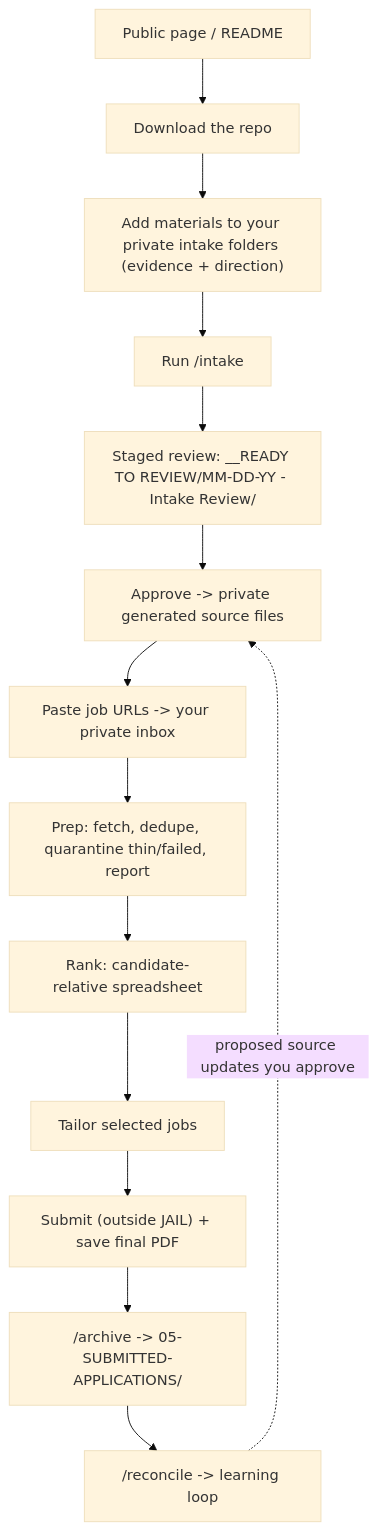
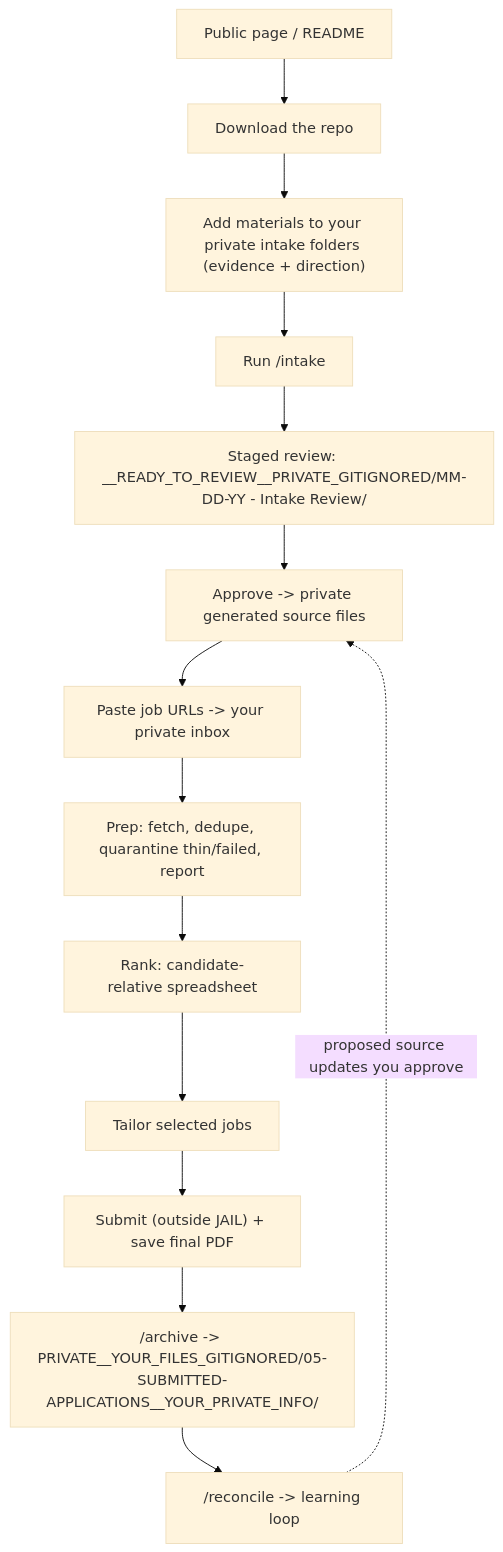
The diagram in docs/v2-end-to-end-workflow.md (redheadjessica/job-application-intelligence-layer), drawn with Mermaid (base theme) before and after one commit. The commit also changed other lines of this file and 38 other files, not shown here.

````diff
--- a/docs/v2-end-to-end-workflow.md
+++ b/docs/v2-end-to-end-workflow.md
@@ -83,16 +83,16 @@
 ```mermaid
 flowchart TD
   P["Public page / README"] --> DL["Download the repo"]
   DL --> M["Add materials to your private intake folders (evidence + direction)"]
   M --> IN["Run /intake"]
-  IN --> SR["Staged review: __READY TO REVIEW/MM-DD-YY - Intake Review/"]
+  IN --> SR["Staged review: __READY_TO_REVIEW__PRIVATE_GITIGNORED/MM-DD-YY - Intake Review/"]
   SR --> AP["Approve -> private generated source files"]
   AP --> URL["Paste job URLs -> your private inbox"]
   URL --> PR["Prep: fetch, dedupe, quarantine thin/failed, report"]
   PR --> RK["Rank: candidate-relative spreadsheet"]
   RK --> TL["Tailor selected jobs"]
   TL --> SUB["Submit (outside JAIL) + save final PDF"]
-  SUB --> AR["/archive -> 05-SUBMITTED-APPLICATIONS/"]
+  SUB --> AR["/archive -> PRIVATE__YOUR_FILES_GITIGNORED/05-SUBMITTED-APPLICATIONS__YOUR_PRIVATE_INFO/"]
   AR --> RC["/reconcile -> learning loop"]
   RC -. "proposed source updates you approve" .-> AP
 ```
````
